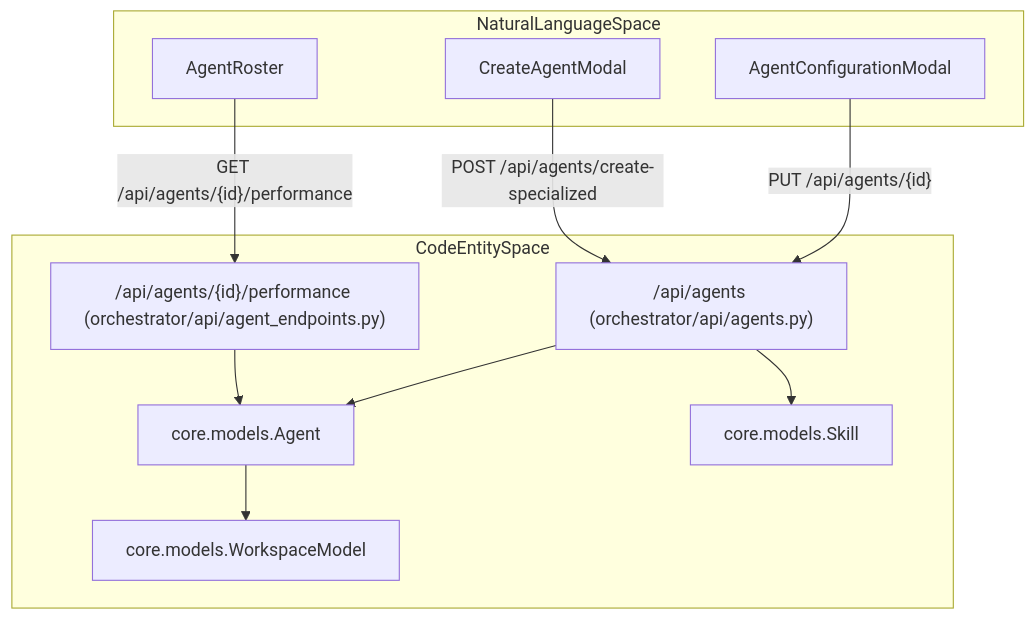
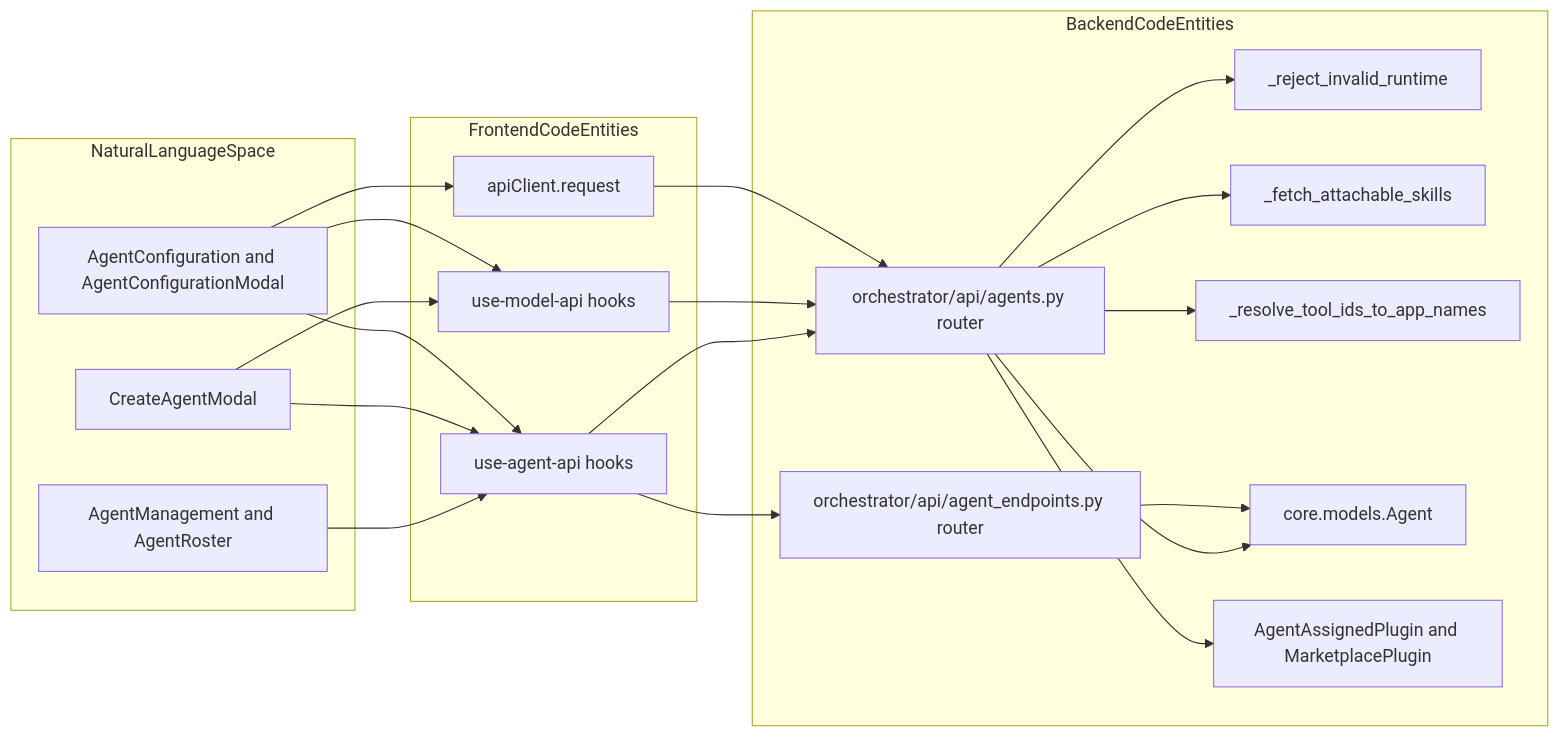
One commit to AutomatosAI/automatos-ai changed the first of 2 diagrams in docs/agents/agent-api-reference.md. Above: the diagram before and after it, drawn with Mermaid. The commit also changed other lines of this file and 188 other files, not shown here.

First line of the commit message:
docs: refresh architecture docs and add coverage for new subsystems (#1416)

````diff
--- a/docs/agents/agent-api-reference.md
+++ b/docs/agents/agent-api-reference.md
@@ -69,24 +90,41 @@
 ```mermaid
-graph TB
+graph LR
     subgraph "NaturalLanguageSpace"
-        UI_Config["AgentConfigurationModal"]
-        UI_Roster["AgentRoster"]
-        UI_Create["CreateAgentModal"]
-    end
-    
-    subgraph "CodeEntitySpace"
-        R_Agents["/api/agents (orchestrator/api/agents.py)"]
-        R_Perf["/api/agents/{id}/performance (orchestrator/api/agent_endpoints.py)"]
-        M_Agent["core.models.Agent"]
-        M_Skill["core.models.Skill"]
-        M_Model["core.models.WorkspaceModel"]
+        NL_Roster["AgentManagement and AgentRoster"]
+        NL_Create["CreateAgentModal"]
+        NL_Configure["AgentConfiguration and AgentConfigurationModal"]
     end
 
-    UI_Config -->|"PUT /api/agents/{id}"| R_Agents
-    UI_Create -->|"POST /api/agents/create-specialized"| R_Agents
-    UI_Roster -->|"GET /api/agents/{id}/performance"| R_Perf
-    R_Agents --> M_Agent
-    R_Agents --> M_Skill
-    R_Perf --> M_Agent
-    M_Agent --> M_Model
+    subgraph "FrontendCodeEntities"
+        FE_Hooks["use-agent-api hooks"]
+        FE_ModelHooks["use-model-api hooks"]
+        FE_ApiClient["apiClient.request"]
+    end
+
+    subgraph "BackendCodeEntities"
+        BE_Router["orchestrator/api/agents.py router"]
+        BE_AgentEndpointsRouter["orchestrator/api/agent_endpoints.py router"]
+        BE_Validation["_reject_invalid_runtime"]
+        BE_Skills["_fetch_attachable_skills"]
+        BE_Tools["_resolve_tool_ids_to_app_names"]
+        BE_Agent["core.models.Agent"]
+        BE_PluginModels["AgentAssignedPlugin and MarketplacePlugin"]
+    end
+
+    NL_Roster --> FE_Hooks
+    NL_Create --> FE_Hooks
+    NL_Create --> FE_ModelHooks
+    NL_Configure --> FE_Hooks
+    NL_Configure --> FE_ModelHooks
+    NL_Configure --> FE_ApiClient
+    FE_Hooks --> BE_Router
+    FE_Hooks --> BE_AgentEndpointsRouter
+    FE_ModelHooks --> BE_Router
+    FE_ApiClient --> BE_Router
+    BE_Router --> BE_Validation
+    BE_Router --> BE_Skills
+    BE_Router --> BE_Tools
+    BE_Router --> BE_Agent
+    BE_Router --> BE_PluginModels
+    BE_AgentEndpointsRouter --> BE_Agent
 ```
````
